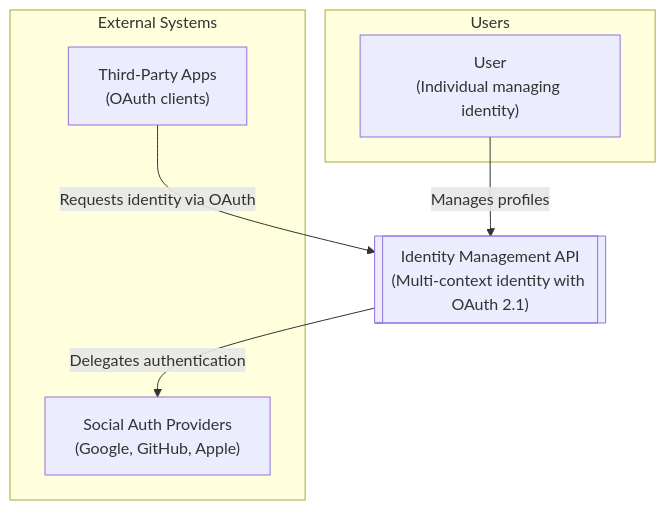
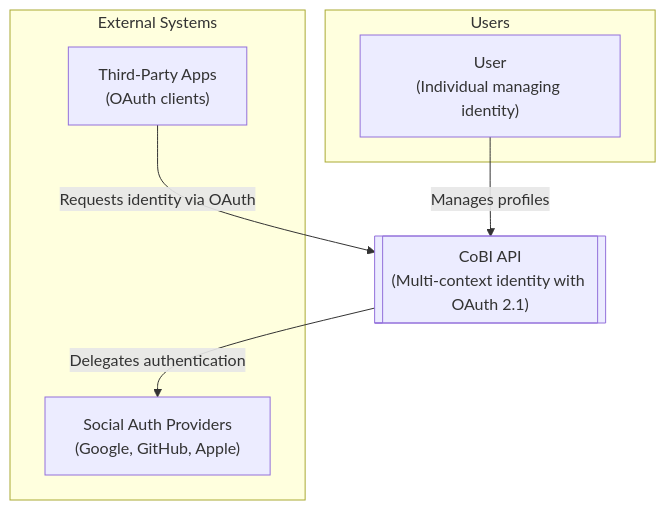
Before and after one commit to mastrolinux/final-project: the second of 5 diagrams in draft-report.qmd, drawn with Mermaid. The commit also changed other lines of this file and 8 other files, not shown here.

Commit message:
Rename app to CoBI (Context-Based Identity)

````diff
--- a/draft-report.qmd
+++ b/draft-report.qmd
@@ -327,20 +327,20 @@
 ```{mermaid}
 %%| label: fig-context
 %%| fig-cap: "System context diagram"
 %%| fig-width: 6.5
 flowchart TB
     subgraph users["Users"]
         user["User<br>(Individual managing identity)"]
     end
 
-    api[["Identity Management API<br>(Multi-context identity with OAuth 2.1)"]]
+    api[["CoBI API<br>(Multi-context identity with OAuth 2.1)"]]
 
     subgraph external["External Systems"]
         thirdparty["Third-Party Apps<br>(OAuth clients)"]
         social["Social Auth Providers<br>(Google, GitHub, Apple)"]
     end
 
     user -->|"Manages profiles"| api
     thirdparty -->|"Requests identity via OAuth"| api
     api -->|"Delegates authentication"| social
 ```
````
